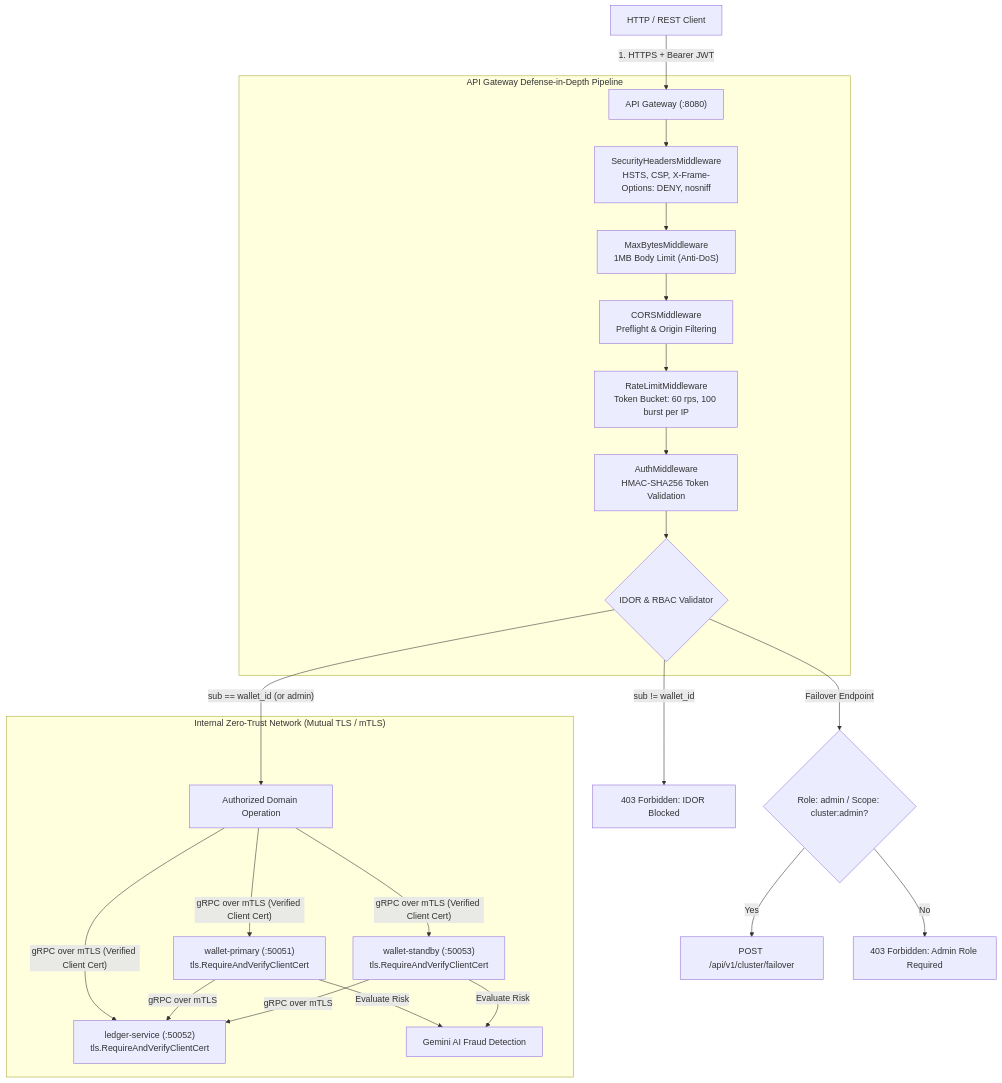
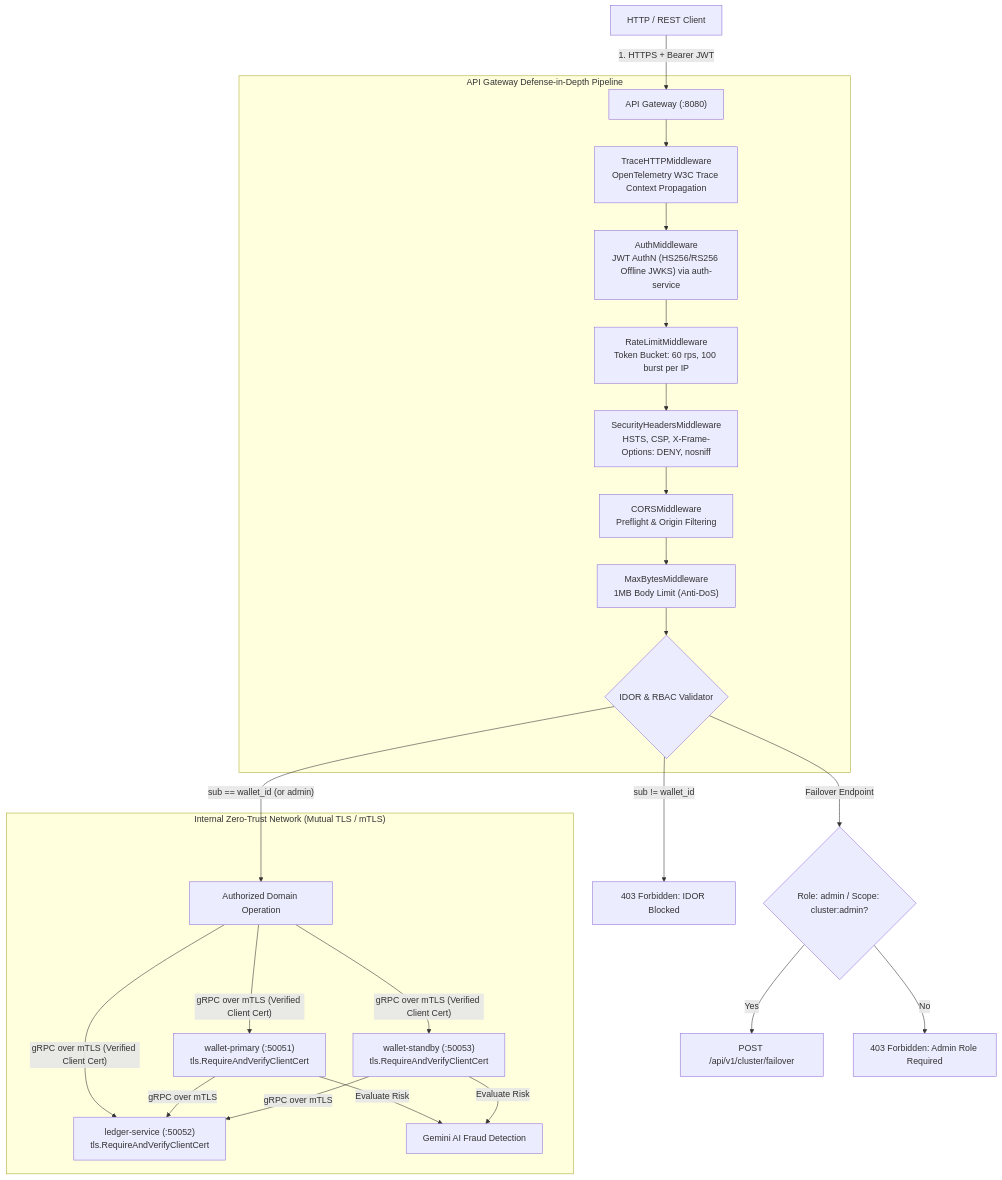
One commit to bkojha74/global-wallet-microservices changed the fifth of 6 diagrams in README.md. Above: the diagram before and after it, drawn with Mermaid. The commit also changed other lines of this file, not shown here.

Commit message:
docs: align README LLD diagrams, ports, security pipeline order, and examples with codebase

````diff
--- a/README.md
+++ b/README.md
@@ -411,31 +419,32 @@
 ```mermaid
 graph TD
     Client["HTTP / REST Client"] -->|"1. HTTPS + Bearer JWT"| GW["API Gateway (:8080)"]
 
     subgraph IngressDefense["API Gateway Defense-in-Depth Pipeline"]
-        GW --> M1["SecurityHeadersMiddleware<br/>HSTS, CSP, X-Frame-Options: DENY, nosniff"]
-        M1 --> M2["MaxBytesMiddleware<br/>1MB Body Limit (Anti-DoS)"]
-        M2 --> M3["CORSMiddleware<br/>Preflight & Origin Filtering"]
-        M3 --> M4["RateLimitMiddleware<br/>Token Bucket: 60 rps, 100 burst per IP"]
-        M4 --> M5["AuthMiddleware<br/>HMAC-SHA256 Token Validation"]
+        GW --> M0["TraceHTTPMiddleware<br/>OpenTelemetry W3C Trace Context Propagation"]
+        M0 --> M1["AuthMiddleware<br/>JWT AuthN (HS256/RS256 Offline JWKS) via auth-service"]
+        M1 --> M2["RateLimitMiddleware<br/>Token Bucket: 60 rps, 100 burst per IP"]
+        M2 --> M3["SecurityHeadersMiddleware<br/>HSTS, CSP, X-Frame-Options: DENY, nosniff"]
+        M3 --> M4["CORSMiddleware<br/>Preflight & Origin Filtering"]
+        M4 --> M5["MaxBytesMiddleware<br/>1MB Body Limit (Anti-DoS)"]
         M5 --> M6{"IDOR & RBAC Validator"}
     end
 
     M6 -->|"sub == wallet_id (or admin)"| Allow["Authorized Domain Operation"]
     M6 -->|"sub != wallet_id"| DenyIDOR["403 Forbidden: IDOR Blocked"]
     M6 -->|"Failover Endpoint"| CheckAdmin{"Role: admin / Scope: cluster:admin?"}
     CheckAdmin -->|Yes| ExecFailover["POST /api/v1/cluster/failover"]
     CheckAdmin -->|No| DenyAdmin["403 Forbidden: Admin Role Required"]
 
     subgraph ZeroTrustMesh["Internal Zero-Trust Network (Mutual TLS / mTLS)"]
         Allow -->|"gRPC over mTLS (Verified Client Cert)"| WP["wallet-primary (:50051)<br/>tls.RequireAndVerifyClientCert"]
         Allow -->|"gRPC over mTLS (Verified Client Cert)"| WS["wallet-standby (:50053)<br/>tls.RequireAndVerifyClientCert"]
         Allow -->|"gRPC over mTLS (Verified Client Cert)"| LS["ledger-service (:50052)<br/>tls.RequireAndVerifyClientCert"]
         
         WP -->|"Evaluate Risk"| AI["Gemini AI Fraud Detection"]
         WS -->|"Evaluate Risk"| AI
         
         WP -->|"gRPC over mTLS"| LS
         WS -->|"gRPC over mTLS"| LS
     end
 ```
````
